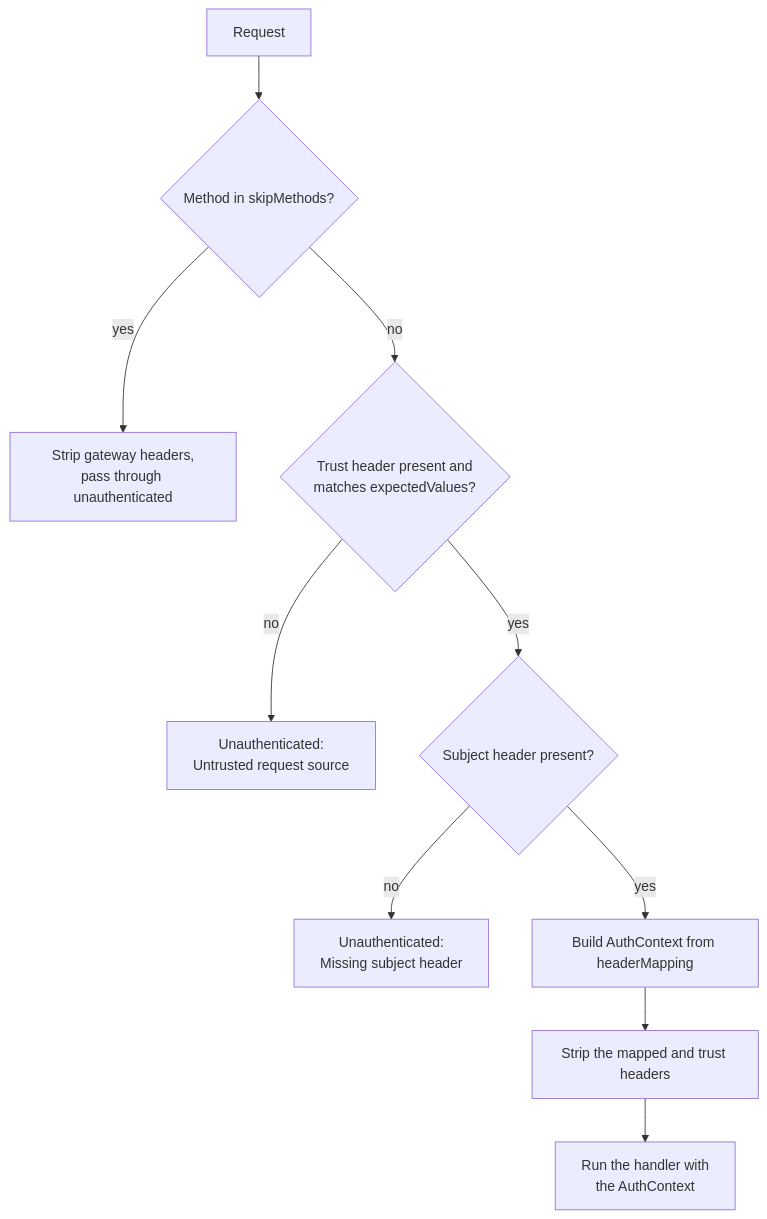
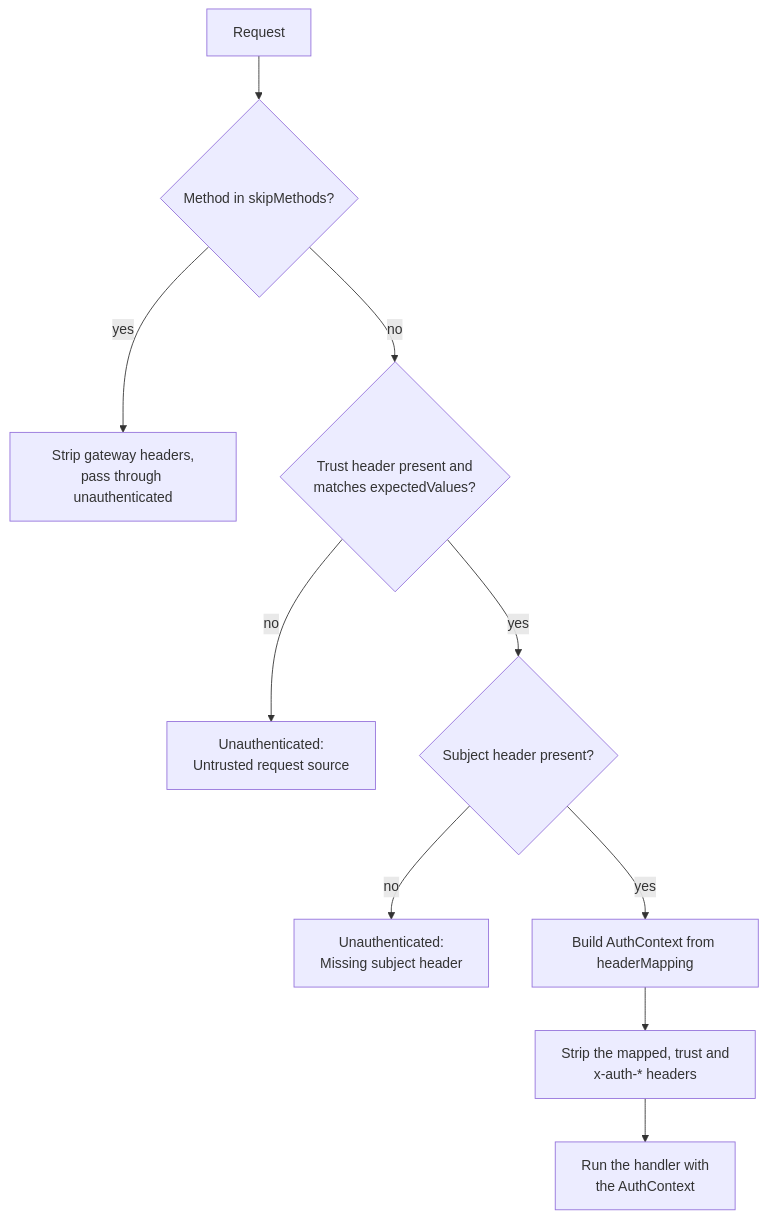
One commit to Connectum-Framework/docs changed the diagram in en/guide/auth/gateway.md. Above: the diagram before and after it, drawn with Mermaid. The commit also changed other lines of this file and 674 other files, not shown here.

````diff
--- a/en/guide/auth/gateway.md
+++ b/en/guide/auth/gateway.md
@@ -14,16 +14,16 @@
 ```mermaid
 flowchart TD
     Req["Request"] --> Skip{"Method in skipMethods?"}
     Skip -->|"yes"| Strip1["Strip gateway headers,<br/>pass through unauthenticated"]
     Skip -->|"no"| Trust{"Trust header present and<br/>matches expectedValues?"}
     Trust -->|"no"| E1["Unauthenticated:<br/>Untrusted request source"]
     Trust -->|"yes"| Subject{"Subject header present?"}
     Subject -->|"no"| E2["Unauthenticated:<br/>Missing subject header"]
     Subject -->|"yes"| Build["Build AuthContext from headerMapping"]
-    Build --> Strip2["Strip the mapped and trust headers"]
+    Build --> Strip2["Strip the mapped, trust and<br/>x-auth-* headers"]
     Strip2 --> Run["Run the handler with<br/>the AuthContext"]
 
     class E1 critical
     class E2 critical
     class Run positive
 ```
````
